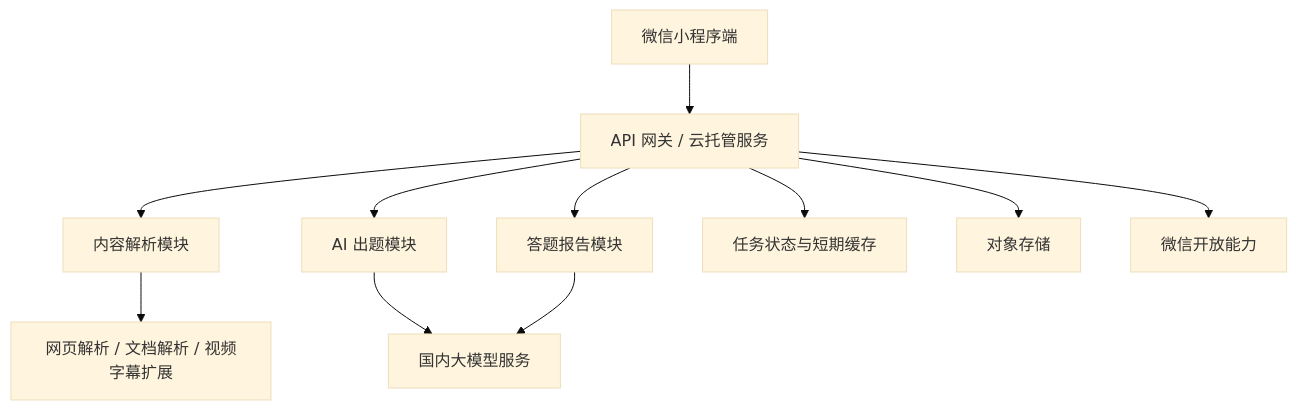
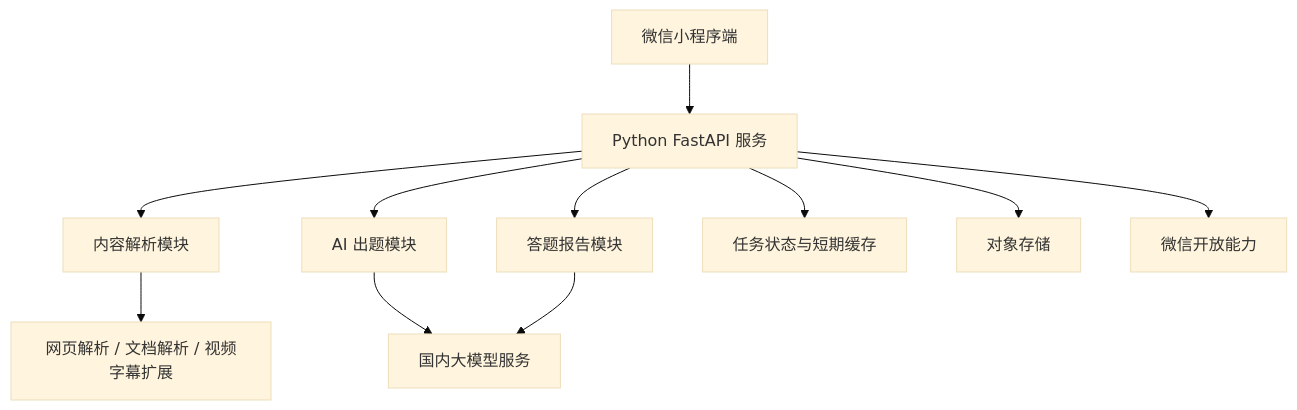
Before and after one commit to XsuperTitan/ai-super-study: the first of 2 diagrams in docs/方案设计文档.md, drawn with Mermaid (base theme). The commit also changed other lines of this file and 14 other files, not shown here.

````diff
--- a/docs/方案设计文档.md
+++ b/docs/方案设计文档.md
@@ -135,13 +142,13 @@
 ```mermaid
 graph TD
-    A[微信小程序端] --> B[API 网关 / 云托管服务]
+    A[微信小程序端] --> B[Python FastAPI 服务]
     B --> C[内容解析模块]
     B --> D[AI 出题模块]
     B --> E[答题报告模块]
     B --> F[任务状态与短期缓存]
     B --> G[对象存储]
     D --> H[国内大模型服务]
     E --> H
     C --> I[网页解析 / 文档解析 / 视频字幕扩展]
     B --> J[微信开放能力]
 ```
````
